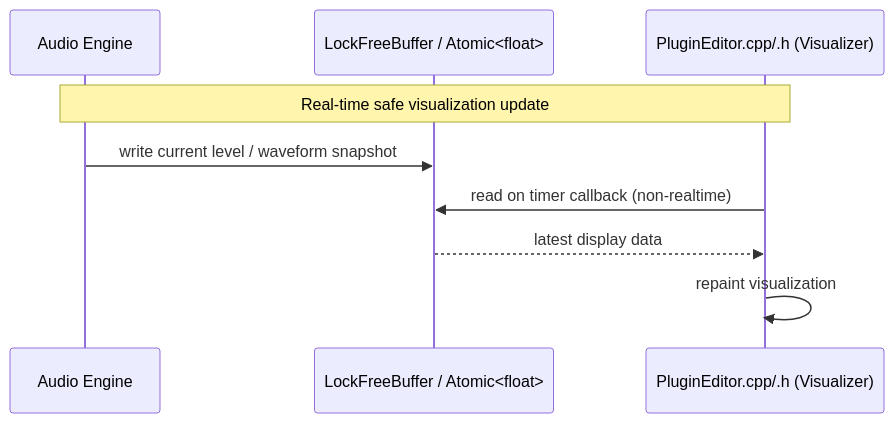
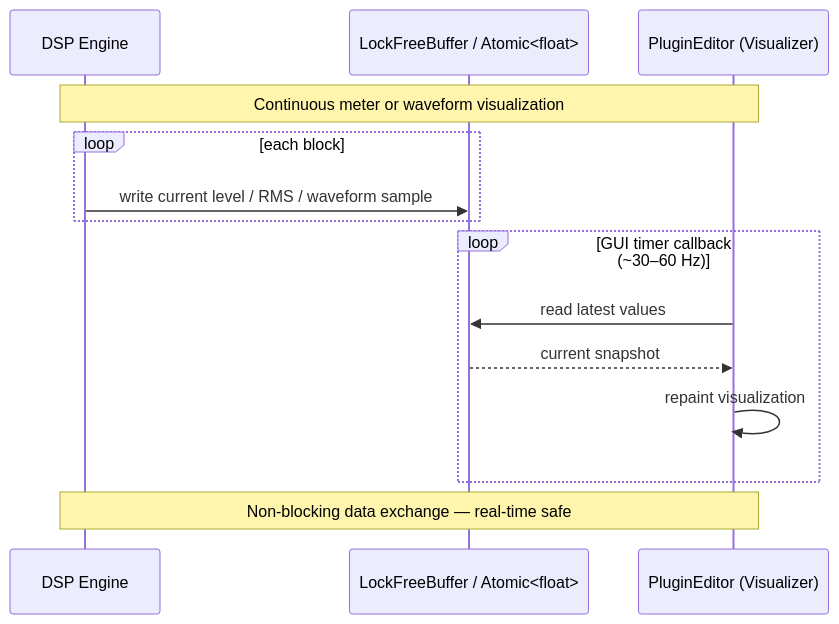
Before and after one commit to TYLERSFOSTER/MIDIControl001: diagram 18 of 19 in docs/architecture.md, drawn with Mermaid. The commit also changed other lines of this file and 3 other files, not shown here.

Commit message:
work on architecture.md

````diff
--- a/docs/architecture.md
+++ b/docs/architecture.md
@@ -316,12 +570,17 @@
 ```mermaid
 sequenceDiagram
-participant DSP as Audio Engine
+participant DSP as DSP Engine
 participant Shared as LockFreeBuffer / Atomic<float>
-participant GUI as PluginEditor.cpp/.h (Visualizer)
+participant GUI as PluginEditor (Visualizer)
 
-Note over DSP,GUI: Real-time safe visualization update
-DSP->>Shared: write current level / waveform snapshot
-GUI->>Shared: read on timer callback (non-realtime)
-Shared-->>GUI: latest display data
-GUI->>GUI: repaint visualization
+Note over DSP,GUI: Continuous meter or waveform visualization
+loop each block
+    DSP->>Shared: write current level / RMS / waveform sample
+end
+loop GUI timer callback (~30–60 Hz)
+    GUI->>Shared: read latest values
+    Shared-->>GUI: current snapshot
+    GUI->>GUI: repaint visualization
+end
+Note over DSP,GUI: Non-blocking data exchange — real-time safe
 ```
````
